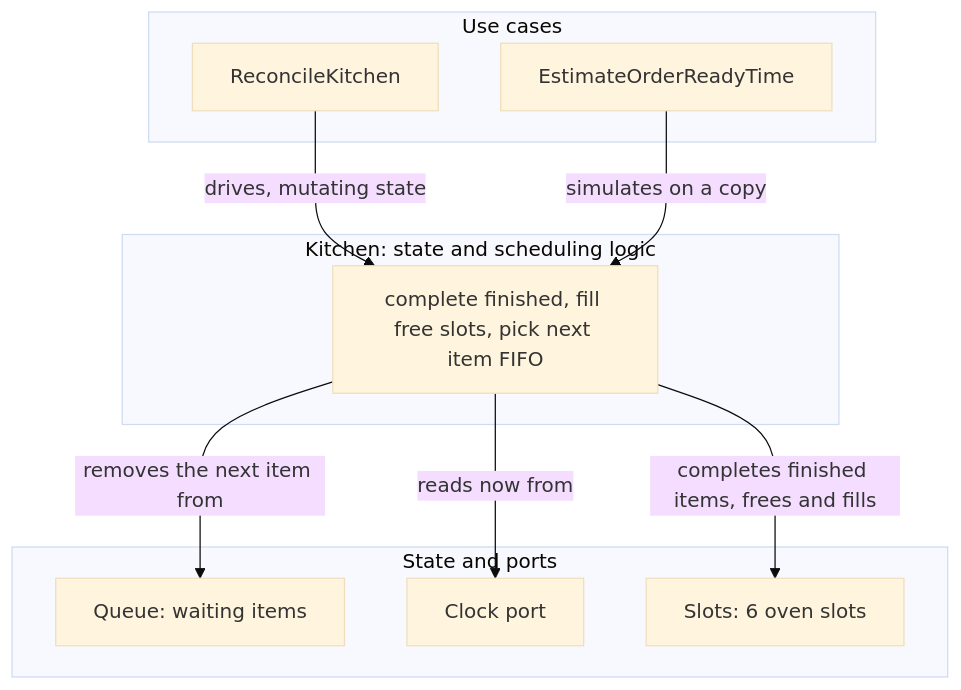
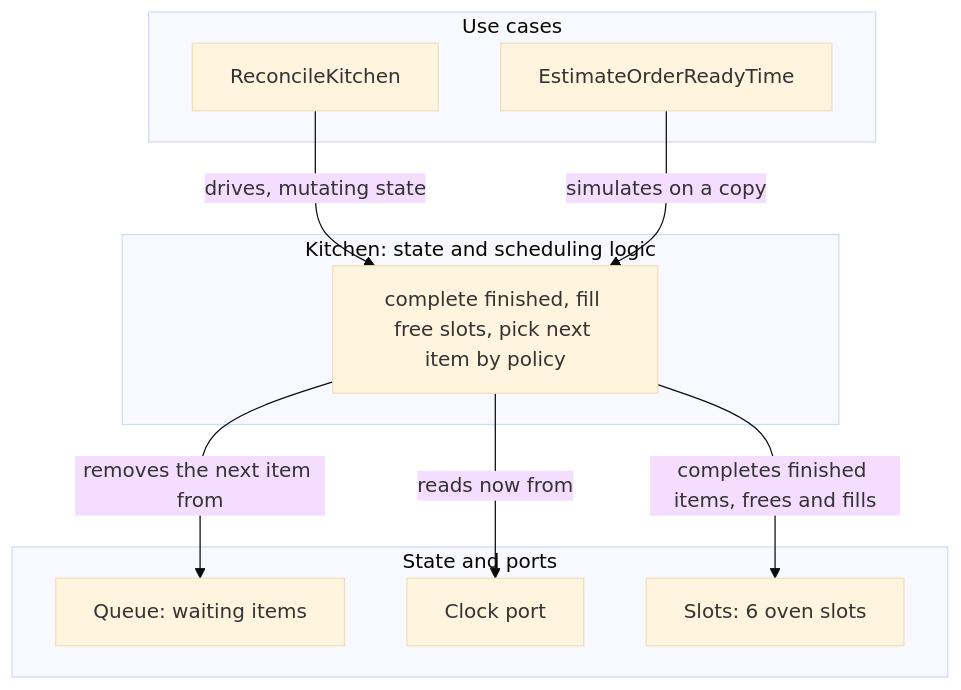
Before and after one commit to AndSanG/SnackBuilderBakery: the second of 3 diagrams in docs/module-map.md, drawn with Mermaid (base theme). The commit also changed other lines of this file and 2 other files, not shown here.

````diff
--- a/docs/module-map.md
+++ b/docs/module-map.md
@@ -92,23 +92,23 @@
 ```mermaid
 graph TD
   subgraph UseCases [Use cases]
     RK[ReconcileKitchen]
     EST[EstimateOrderReadyTime]
   end
 
   subgraph KitchenType [Kitchen: state and scheduling logic]
-    K[complete finished, fill free slots, pick next item FIFO]
+    K[complete finished, fill free slots, pick next item by policy]
   end
 
   subgraph StateAndPorts [State and ports]
     Q[Queue: waiting items]
     CLK[Clock port]
     OV[Slots: 6 oven slots]
   end
 
   RK -->|drives, mutating state| K
   EST -->|simulates on a copy| K
   K -->|removes the next item from| Q
   K -->|reads now from| CLK
   K -->|completes finished items, frees and fills| OV
 ```
````
